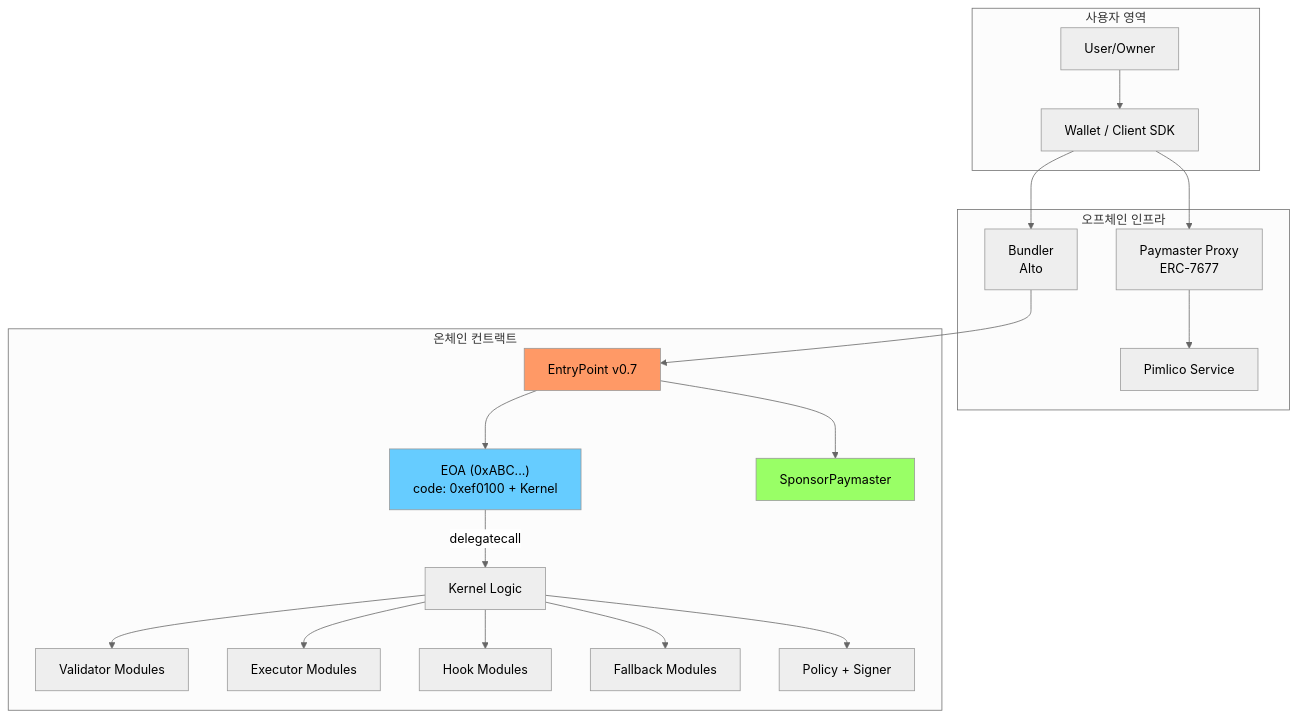
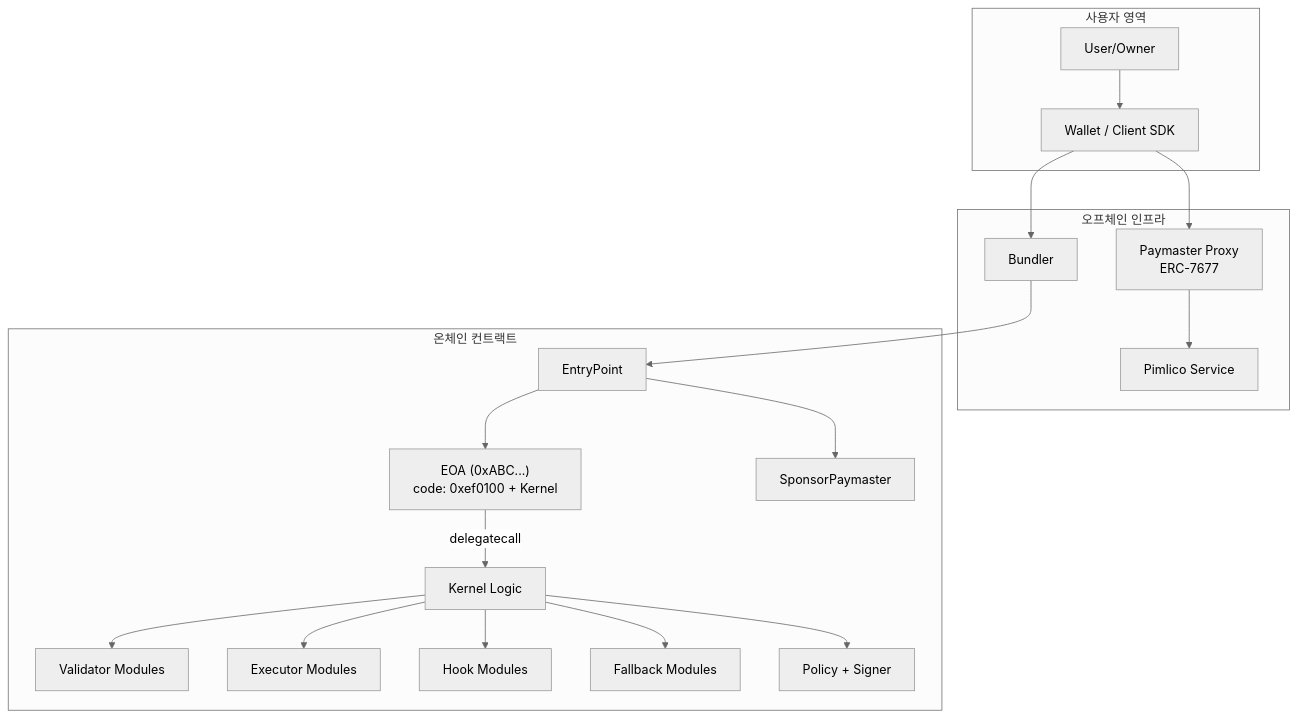
The third of 8 diagrams in docs/claude/00-overview.md (onlyhyde/stable-platform), drawn with Mermaid (neutral theme) before and after one commit. The commit also changed other lines of this file and 15 other files, not shown here.

````diff
--- a/docs/claude/00-overview.md
+++ b/docs/claude/00-overview.md
@@ -76,28 +76,25 @@
 ```mermaid
 flowchart TB
     subgraph "사용자 영역"
         U[User/Owner] --> W[Wallet / Client SDK]
     end
 
     subgraph "오프체인 인프라"
-        W --> B[Bundler<br/>Alto]
+        W --> B[Bundler]
         W --> PP[Paymaster Proxy<br/>ERC-7677]
         PP --> PM_SVC[Pimlico Service]
     end
 
     subgraph "온체인 컨트랙트"
-        B --> EP[EntryPoint v0.7]
+        B --> EP[EntryPoint]
         EP --> EOA["EOA (0xABC...)<br/>code: 0xef0100 + Kernel"]
         EOA --> |delegatecall| K[Kernel Logic]
         K --> V[Validator Modules]
         K --> E[Executor Modules]
         K --> H[Hook Modules]
         K --> F[Fallback Modules]
         K --> P_S[Policy + Signer]
         EP --> PM[SponsorPaymaster]
     end
 
-    style EOA fill:#6cf
-    style EP fill:#f96
-    style PM fill:#9f6
 ```
````
